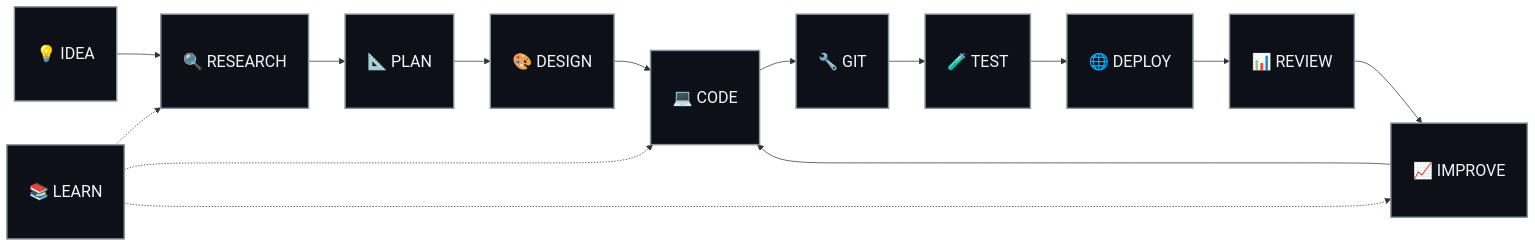
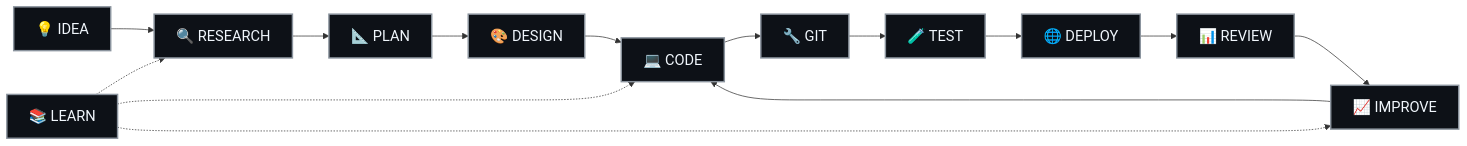
The fourth of 8 diagrams in README.md (s4yush/s4yush), drawn with Mermaid before and after one commit. The commit also changed other lines of this file, not shown here.

````diff
--- a/README.md
+++ b/README.md
@@ -81,20 +72,18 @@
 ```mermaid
 flowchart LR
     A["💡 IDEA"] --> B["🔍 RESEARCH"]
     B --> C["📐 PLAN"]
     C --> D["🎨 DESIGN"]
     D --> E["💻 CODE"]
     E --> F["🔧 GIT"]
     F --> G["🧪 TEST"]
     G --> H["🌐 DEPLOY"]
     H --> I["📊 REVIEW"]
     I --> J["📈 IMPROVE"]
     J --> E
-
     K["📚 LEARN"] -.-> B
     K -.-> E
     K -.-> J
-
-    classDef big fill:#0d1117,stroke:#8b949e,stroke-width:2px,color:#f0f6fc,font-size:22px,padding:18px;
-    class A,B,C,D,E,F,G,H,I,J,K big;
+    classDef box fill:#0d1117,stroke:#8b949e,stroke-width:2px,color:#f0f6fc,font-size:20px;
+    class A,B,C,D,E,F,G,H,I,J,K box;
 ```
````
